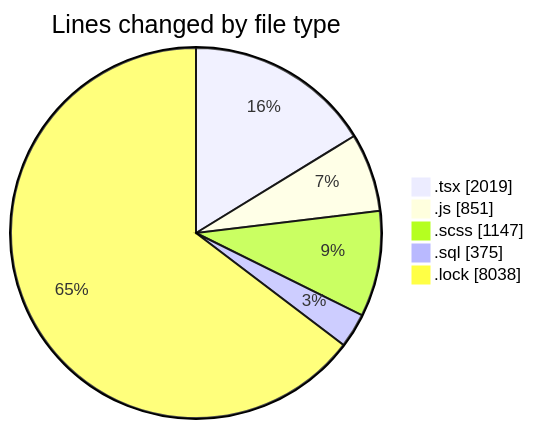
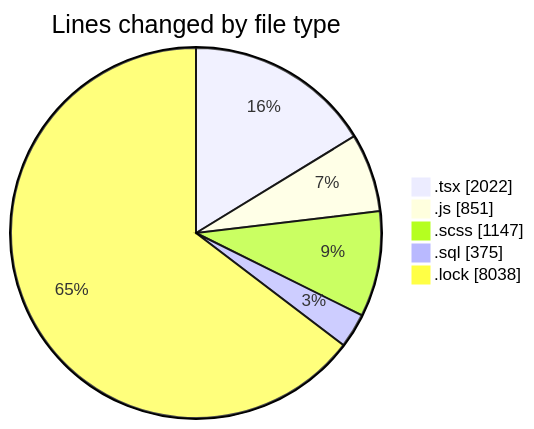
One commit to momahboobian/code-tracking changed the first of 2 diagrams in 2025-03-18/cda/README.md. Above: the diagram before and after it, drawn with Mermaid. The commit also changed other lines of this file and 1 other file, not shown here.

````diff
--- a/2025-03-18/cda/README.md
+++ b/2025-03-18/cda/README.md
@@ -34,9 +34,9 @@
 ```mermaid
 pie showData
 title Lines changed by file type
-".tsx" : 2019
+".tsx" : 2022
 ".js" : 851
 ".scss" : 1147
 ".sql" : 375
 ".lock" : 8038
 ```
````
